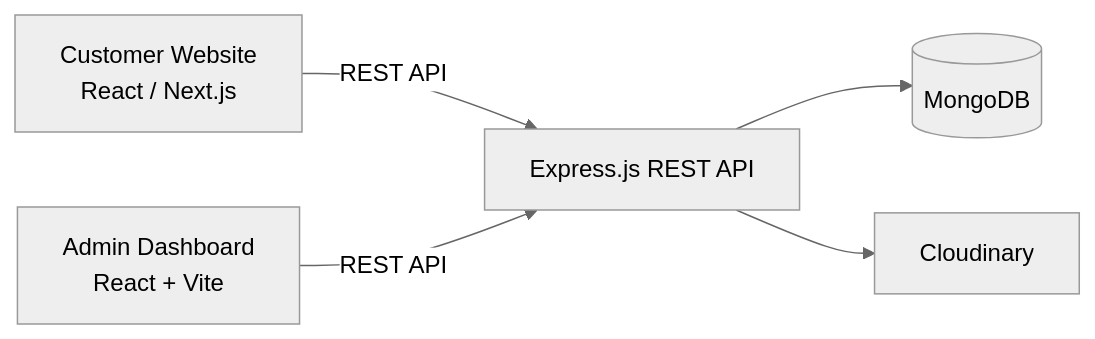
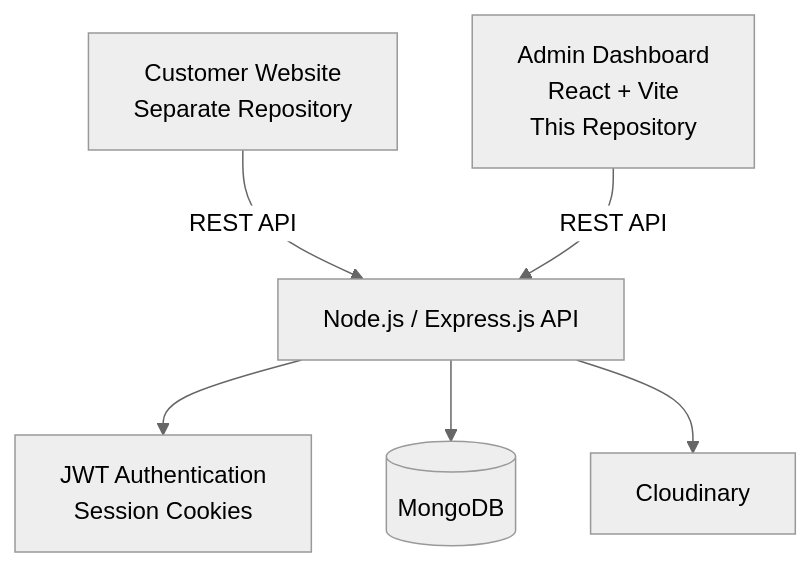
Before and after one commit to hakimmahtout/HK-masso: the diagram in README.md, drawn with Mermaid (neutral theme). The commit also changed other lines of this file, not shown here.

First line of the commit message:
Revise README for Admin Dashboard overview

````diff
--- a/README.md
+++ b/README.md
@@ -52,14 +17,12 @@
 ```mermaid
-flowchart LR
-    C[Customer Website<br/>React / Next.js]
-    A[Admin Dashboard<br/>React + Vite]
-    B[Express.js REST API]
-    DB[(MongoDB)]
-    CL[Cloudinary]
+flowchart TB
+    C[Customer Website<br/>Separate Repository]
+    A[Admin Dashboard<br/>React + Vite<br/>This Repository]
 
-    C -->|REST API| B
+    C -->|REST API| B[Node.js / Express.js API]
     A -->|REST API| B
 
-    B --> DB
-    B --> CL
+    B --> AUTH[JWT Authentication<br/>Session Cookies]
+    B --> DB[(MongoDB)]
+    B --> CLOUD[Cloudinary]
 ```
````
